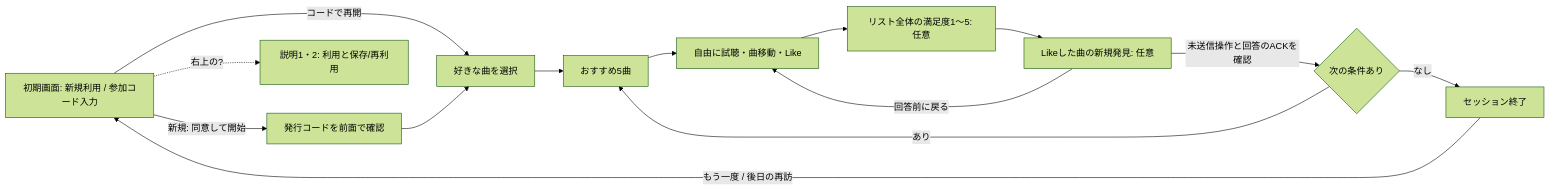
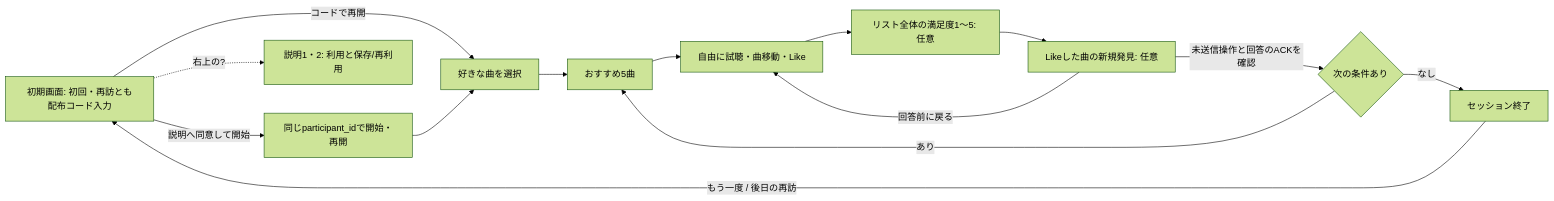
The first of 2 diagrams in docs/online-ux.md (97kuek/music-recsys), drawn with Mermaid (forest theme) before and after one commit. The commit also changed other lines of this file and 72 other files, not shown here.

````diff
--- a/docs/online-ux.md
+++ b/docs/online-ux.md
@@ -13,16 +13,16 @@
 ```mermaid
 flowchart LR
-    C[初期画面: 新規利用 / 参加コード入力] -->|新規: 同意して開始| K[発行コードを前面で確認]
+    C[初期画面: 初回・再訪とも配布コード入力] -->|説明へ同意して開始| K[同じparticipant_idで開始・再開]
     C -->|コードで再開| P[好きな曲を選択]
     C -. 右上の? .-> H[説明1・2: 利用と保存/再利用]
     K --> P
     P --> R[おすすめ5曲]
     R --> L[自由に試聴・曲移動・Like]
     L --> E[リスト全体の満足度1〜5: 任意]
     E --> D[Likeした曲の新規発見: 任意]
     D -->|未送信操作と回答のACKを確認| N{次の条件あり}
     D -->|回答前に戻る| L
     N -->|あり| R
     N -->|なし| F[セッション終了]
     F -->|もう一度 / 後日の再訪| C
 ```
````
